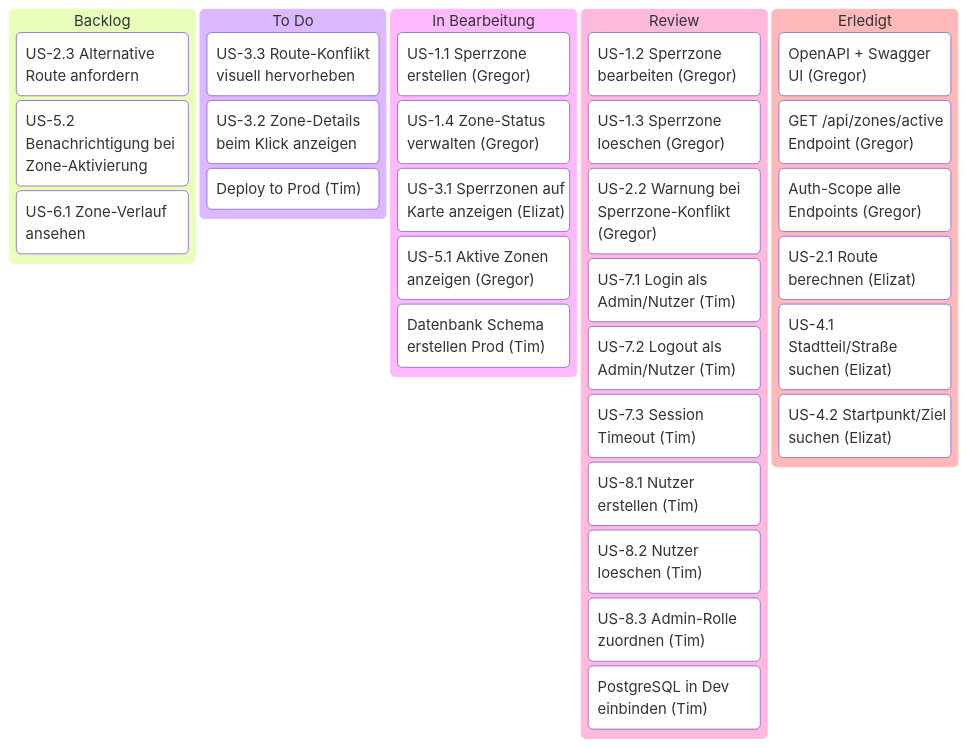
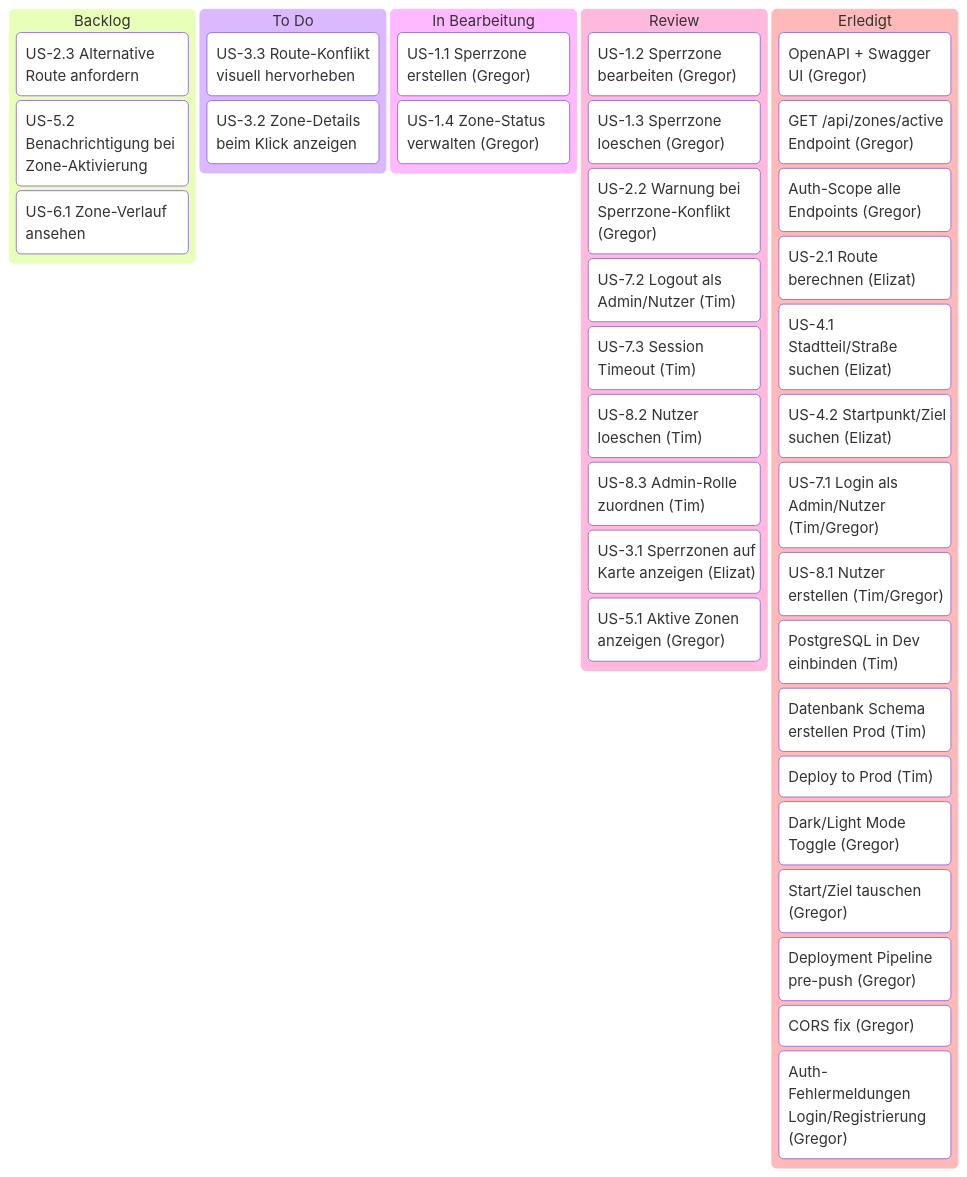
The diagram in docs/project/PLAN.md (g8rdier/urban-flow-governance), drawn with Mermaid before and after one commit. The commit also changed other lines of this file, not shown here.

````diff
--- a/docs/project/PLAN.md
+++ b/docs/project/PLAN.md
@@ -15,44 +15,49 @@
 ```mermaid
 ---
 config:
   kanban:
     ticketBaseUrl: ''
 ---
 kanban
   Backlog
     b1[US-2.3 Alternative Route anfordern]
     b3[US-5.2 Benachrichtigung bei Zone-Aktivierung]
     b4[US-6.1 Zone-Verlauf ansehen]
 
   ToDo[To Do]
     t2[US-3.3 Route-Konflikt visuell hervorheben]
     t3[US-3.2 Zone-Details beim Klick anzeigen]
-    t8["Deploy to Prod (Tim)"]
 
   InProgress[In Bearbeitung]
     p1["US-1.1 Sperrzone erstellen (Gregor)"]
     p2["US-1.4 Zone-Status verwalten (Gregor)"]
-    p3["US-3.1 Sperrzonen auf Karte anzeigen (Elizat)"]
-    p4["US-5.1 Aktive Zonen anzeigen (Gregor)"]
-    t7["Datenbank Schema erstellen Prod (Tim)"]
 
   Review
     r1["US-1.2 Sperrzone bearbeiten (Gregor)"]
     r2["US-1.3 Sperrzone loeschen (Gregor)"]
     r3["US-2.2 Warnung bei Sperrzone-Konflikt (Gregor)"]
-    r4["US-7.1 Login als Admin/Nutzer (Tim)"]
     r5["US-7.2 Logout als Admin/Nutzer (Tim)"]
     r6["US-7.3 Session Timeout (Tim)"]
-    r7["US-8.1 Nutzer erstellen (Tim)"]
     r8["US-8.2 Nutzer loeschen (Tim)"]
     r9["US-8.3 Admin-Rolle zuordnen (Tim)"]
-    p5["PostgreSQL in Dev einbinden (Tim)"]
+    p3["US-3.1 Sperrzonen auf Karte anzeigen (Elizat)"]
+    p4["US-5.1 Aktive Zonen anzeigen (Gregor)"]
 
   Erledigt
     d1["OpenAPI + Swagger UI (Gregor)"]
     d2["GET /api/zones/active Endpoint (Gregor)"]
     d3["Auth-Scope alle Endpoints (Gregor)"]
     d4["US-2.1 Route berechnen (Elizat)"]
     d5["US-4.1 Stadtteil/Straße suchen (Elizat)"]
     d6["US-4.2 Startpunkt/Ziel suchen (Elizat)"]
+    r4["US-7.1 Login als Admin/Nutzer (Tim/Gregor)"]
+    r7["US-8.1 Nutzer erstellen (Tim/Gregor)"]
+    p5["PostgreSQL in Dev einbinden (Tim)"]
+    t7["Datenbank Schema erstellen Prod (Tim)"]
+    t8["Deploy to Prod (Tim)"]
+    d7["Dark/Light Mode Toggle (Gregor)"]
+    d8["Start/Ziel tauschen (Gregor)"]
+    d9["Deployment Pipeline pre-push (Gregor)"]
+    d10["CORS fix (Gregor)"]
+    d11["Auth-Fehlermeldungen Login/Registrierung (Gregor)"]
 ```
````
